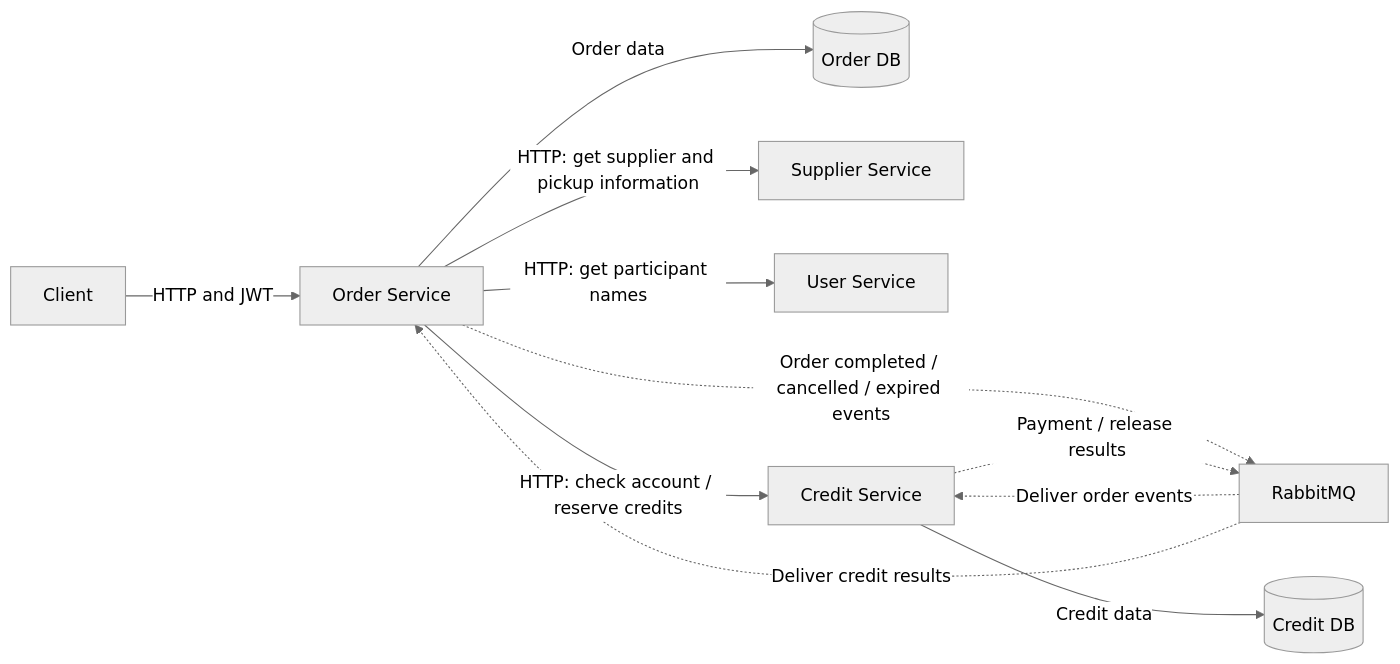
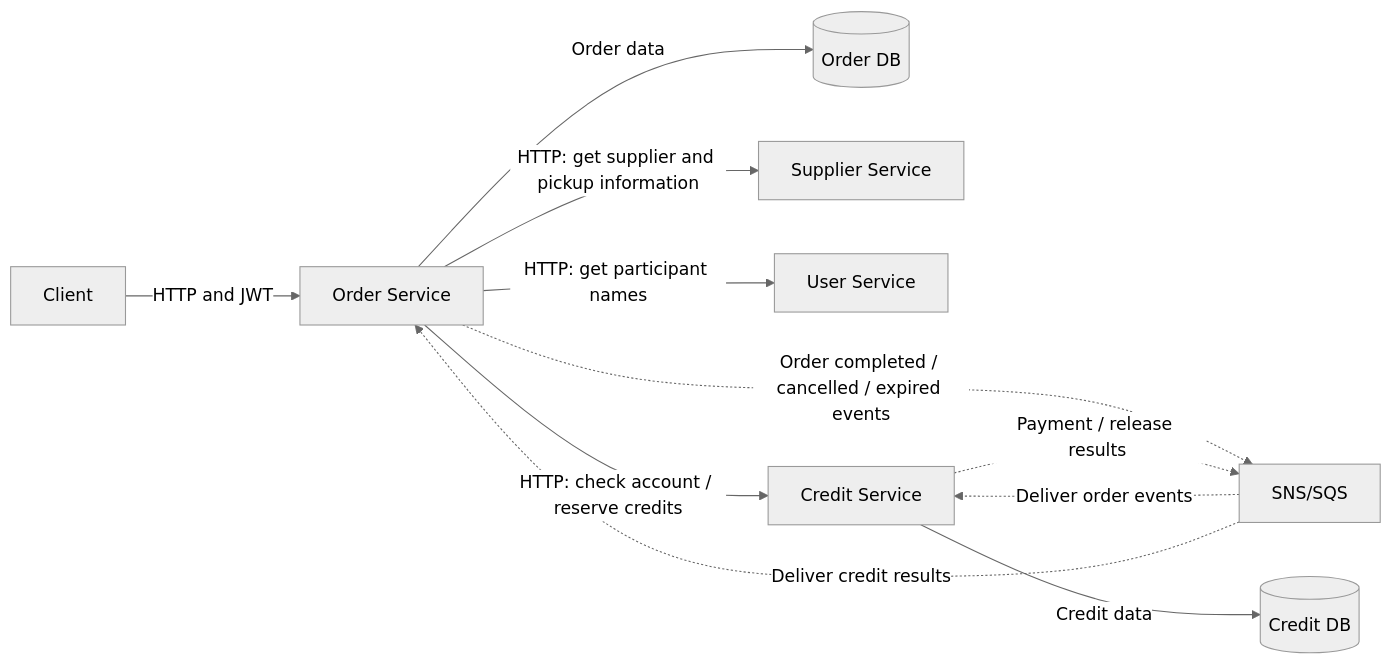
Before and after one commit to AY2627S1-CS3219-P24/FoC: the first of 16 diagrams in order-service/README.md, drawn with Mermaid (neutral theme). The commit also changed other lines of this file and 28 other files, not shown here.

Commit message:
FOC-54: finish order and credit event publication through SNS and SQS

````diff
--- a/order-service/README.md
+++ b/order-service/README.md
@@ -25,13 +25,13 @@
 ```mermaid
 flowchart LR
     Client[Client] -->|HTTP and JWT| Order[Order Service]
     Order -->|Order data| OrderDB[(Order DB)]
     Order -->|HTTP: get supplier and pickup information| Supplier[Supplier Service]
     Order -->|HTTP: get participant names| User[User Service]
     Order -->|HTTP: check account / reserve credits| Credit[Credit Service]
-    Order -.->|Order completed / cancelled / expired events| MQ[RabbitMQ]
+    Order -.->|Order completed / cancelled / expired events| MQ[SNS/SQS]
     MQ -.->|Deliver order events| Credit
     Credit -.->|Payment / release results| MQ
     MQ -.->|Deliver credit results| Order
     Credit -->|Credit data| CreditDB[(Credit DB)]
 ```
````
